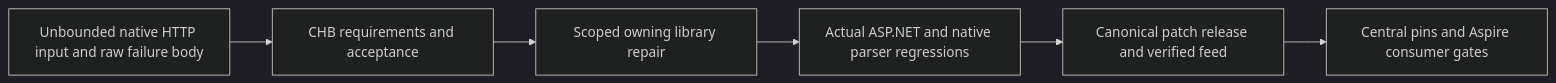
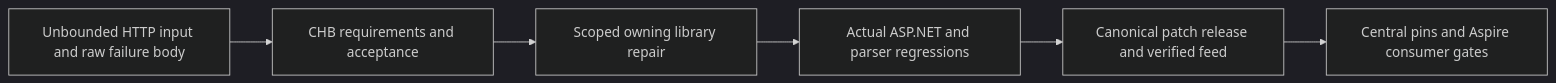
The diagram in docs/ADR/ADR-083-cqrs-http-transport-bounds.md (managedcode/KeyLoad), drawn with Mermaid (dark theme) before and after one commit. The commit also changed other lines of this file and 9016 other files, not shown here.

````diff
--- a/docs/ADR/ADR-083-cqrs-http-transport-bounds.md
+++ b/docs/ADR/ADR-083-cqrs-http-transport-bounds.md
@@ -11,8 +11,8 @@
 ```mermaid
 flowchart LR
-    Defect[Unbounded native HTTP input and raw failure body] --> Contract[CHB requirements and acceptance]
+    Defect[Unbounded HTTP input and raw failure body] --> Contract[CHB requirements and acceptance]
     Contract --> Repair[Scoped owning library repair]
-    Repair --> Tests[Actual ASP.NET and native parser regressions]
+    Repair --> Tests[Actual ASP.NET and parser regressions]
     Tests --> Release[Canonical patch release and verified feed]
     Release --> Consumer[Central pins and Aspire consumer gates]
 ```
````
